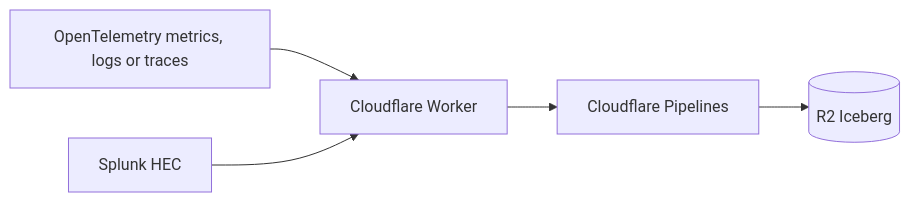
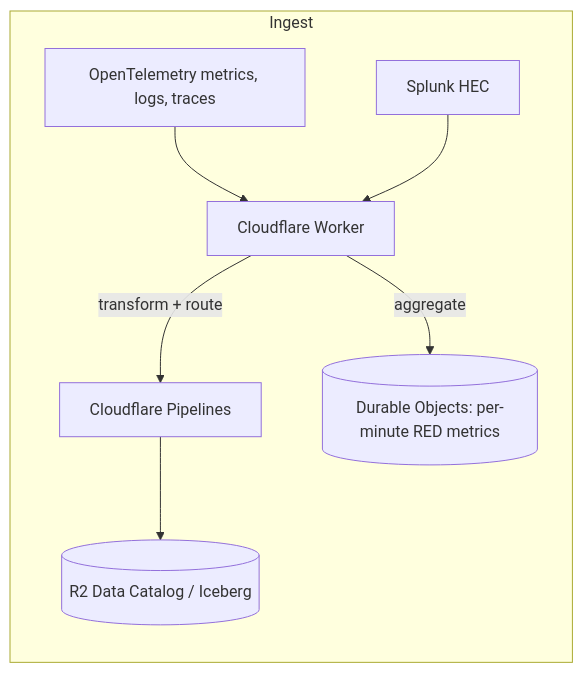
Before and after one commit to smithclay/otlp2pipeline: the diagram in README.md, drawn with Mermaid. The commit also changed other lines of this file and 33 other files, not shown here.

First line of the commit message:
feat: add AggregatorDO for baseline RED metrics (#1)

````diff
--- a/README.md
+++ b/README.md
@@ -7,6 +9,10 @@
 ```mermaid
 flowchart LR
-    OTLP[OpenTelemetry metrics, logs or traces] --> Worker[Cloudflare Worker]
-    HEC[Splunk HEC] --> Worker
-    Worker --> Pipelines[Cloudflare Pipelines] --> R2[(R2 Iceberg)]
+    subgraph Ingest["Ingest"]
+        OTLP[OpenTelemetry metrics, logs, traces] --> W[Cloudflare Worker]
+        HEC[Splunk HEC] --> W
+        W -->|transform + route| P[Cloudflare Pipelines]
+        P --> R2[(R2 Data Catalog / Iceberg)]
+        W -->|aggregate| DO[("Durable Objects: per-minute RED metrics")]
+    end
 ```
````
